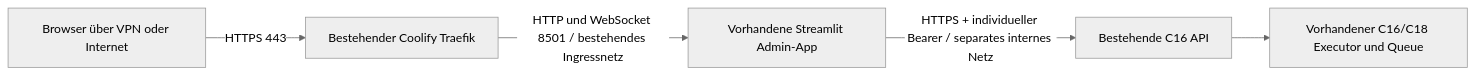
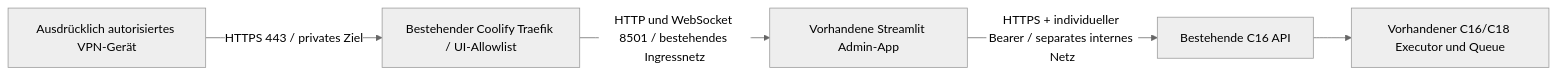
The diagram in docs/deployment/https.md (rf-data/Personal_Assistant), drawn with Mermaid (neutral theme) before and after one commit. The commit also changed other lines of this file and 6 other files, not shown here.

Commit message:
Harden private VPN profile and record current HTTPS rollout gates

````diff
--- a/docs/deployment/https.md
+++ b/docs/deployment/https.md
@@ -20,7 +44,7 @@
 ```mermaid
 flowchart LR
-  B[Browser über VPN oder Internet] -->|HTTPS 443| T[Bestehender Coolify Traefik]
+  B[Ausdrücklich autorisiertes VPN-Gerät] -->|HTTPS 443 / privates Ziel| T[Bestehender Coolify Traefik / UI-Allowlist]
   T -->|HTTP und WebSocket 8501 / bestehendes Ingressnetz| U[Vorhandene Streamlit Admin-App]
   U -->|HTTPS + individueller Bearer / separates internes Netz| A[Bestehende C16 API]
   A --> W[Vorhandener C16/C18 Executor und Queue]
 ```
````
